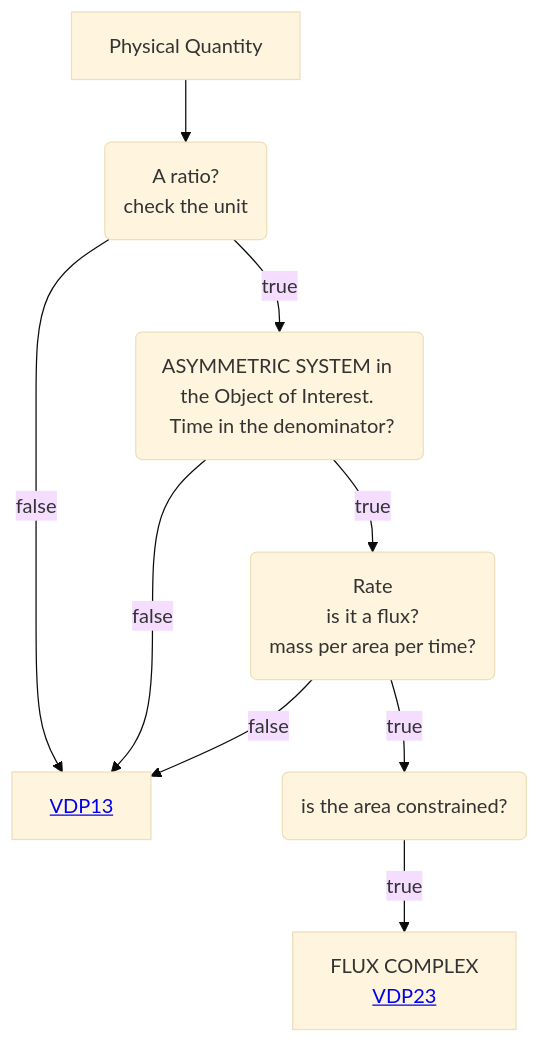
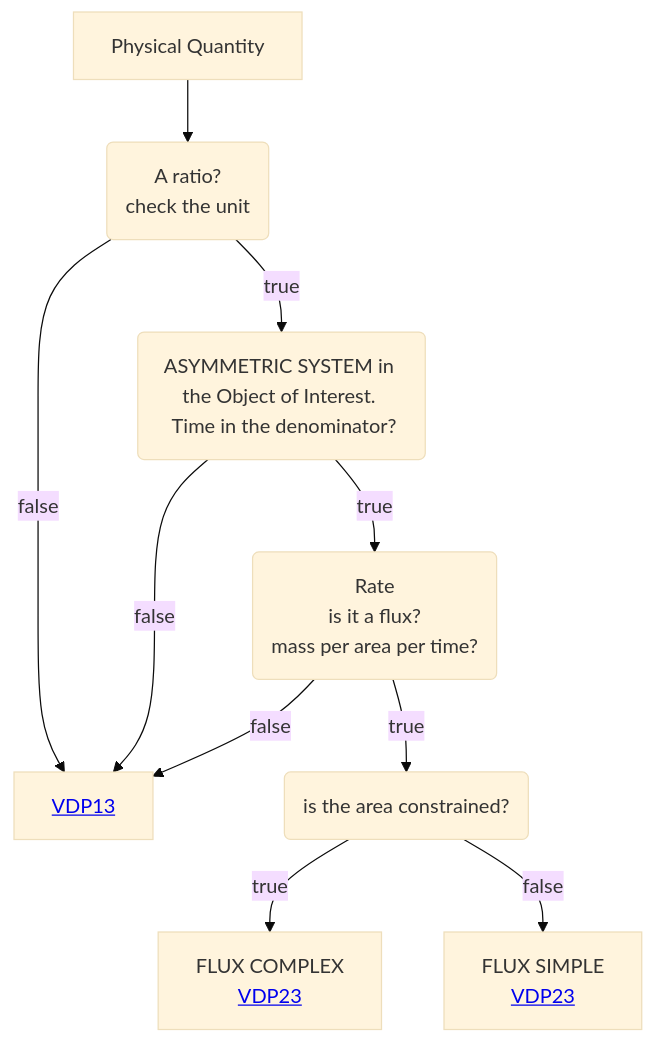
One commit to mabablue/I-ADOPT-patterns-playground changed the diagram in Decisition_trees/DT2.mmd. Above: the diagram before and after it, drawn with Mermaid (base theme).

Commit message:
Add false branch for FLUX SIMPLE in DT2.mmd

```diff
--- a/Decisition_trees/DT2.mmd
+++ b/Decisition_trees/DT2.mmd
@@ -1,9 +1,10 @@
 flowchart TD
     A[Physical Quantity] --> B(A ratio?<br>check the unit)
     B --> |true|C(ASYMMETRIC SYSTEM in the Object of Interest. <br> Time in the denominator?) 
     B --> |false|D[<a href='https://github.com/mabablue/I-ADOPT-patterns-playground/blob/main/pattern/VDP13.yaml'>VDP13</a>]
     C --> |true|E(Rate <br> is it a flux? <br> mass per area per time?)
     C --> |false|D
     E --> |true|F(is the area constrained?)
     E --> |false|D
     F --> |true|G[FLUX COMPLEX <br> <a href='https://github.com/mabablue/I-ADOPT-patterns-playground/blob/main/pattern/VDP23.yaml'>VDP23</a>]
+    F --> |false|H[FLUX SIMPLE <br> <a href='https://github.com/mabablue/I-ADOPT-patterns-playground/blob/main/pattern/VDP18.yaml'>VDP23</a>]
```
